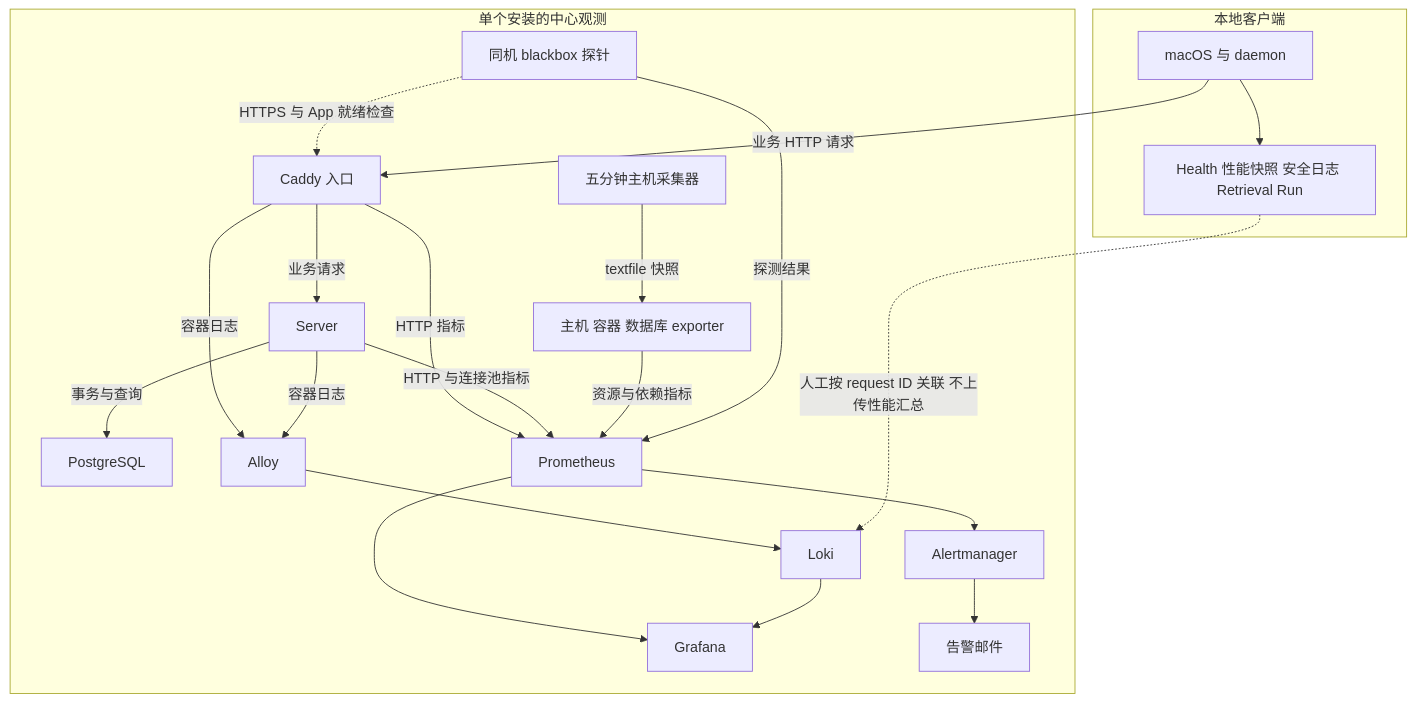
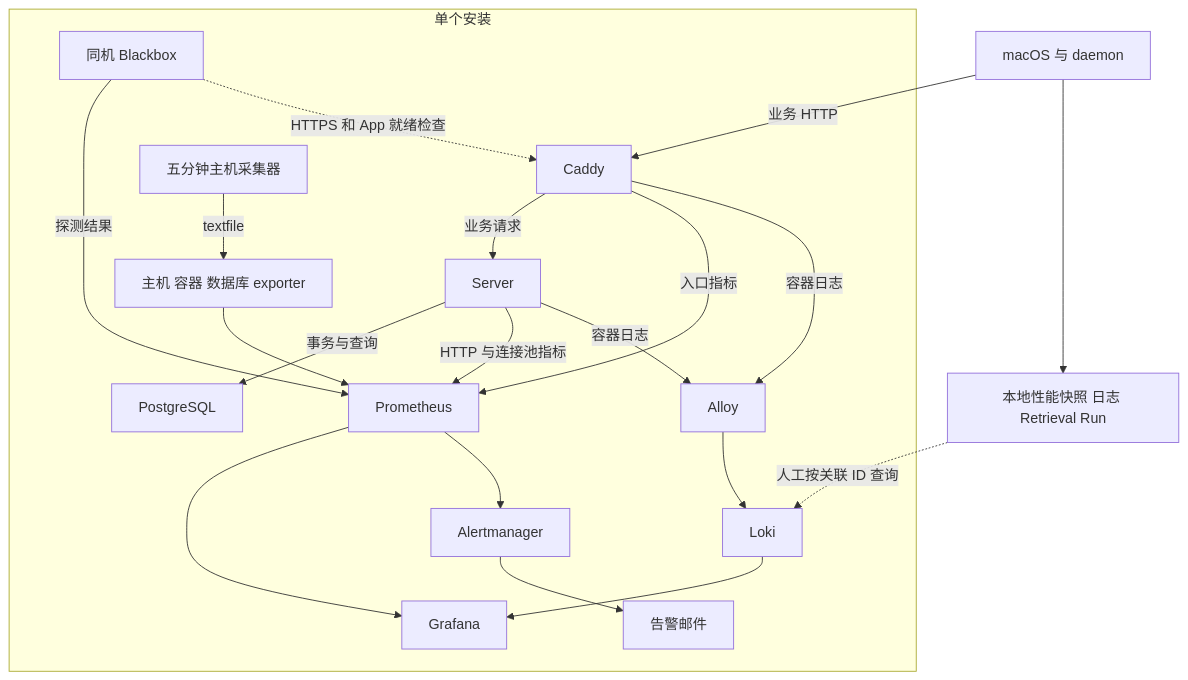
One commit to lilhammerfun/clumsies changed the diagram in docs/zh/performance/observability-plan.md. Above: the diagram before and after it, drawn with Mermaid. The commit also changed other lines of this file and 16 other files, not shown here.

````diff
--- a/docs/zh/performance/observability-plan.md
+++ b/docs/zh/performance/observability-plan.md
@@ -32,25 +20,23 @@
 ```mermaid
 flowchart TB
-    subgraph center["单个安装的中心观测"]
-        Edge["Caddy 入口"] -->|业务请求| Server["Server"]
+    subgraph center["单个安装"]
+        Edge["Caddy"] -->|业务请求| Server["Server"]
         Server -->|事务与查询| DB["PostgreSQL"]
-        Edge -->|HTTP 指标| Prom["Prometheus"]
+        Edge -->|入口指标| Prom["Prometheus"]
         Server -->|HTTP 与连接池指标| Prom
-        Export["主机 容器 数据库 exporter"] -->|资源与依赖指标| Prom
-        Timer["五分钟主机采集器"] -->|textfile 快照| Export
-        Probe["同机 blackbox 探针"] -->|探测结果| Prom
-        Probe -.->|HTTPS 与 App 就绪检查| Edge
+        Export["主机 容器 数据库 exporter"] --> Prom
+        Timer["五分钟主机采集器"] -->|textfile| Export
+        Probe["同机 Blackbox"] -->|探测结果| Prom
+        Probe -.->|HTTPS 和 App 就绪检查| Edge
         Edge -->|容器日志| Alloy["Alloy"]
         Server -->|容器日志| Alloy
         Alloy --> Loki["Loki"]
         Prom --> Grafana["Grafana"]
         Loki --> Grafana
         Prom --> AM["Alertmanager"]
         AM --> Mail["告警邮件"]
     end
-    subgraph local["本地客户端"]
-        App["macOS 与 daemon"] --> Local["Health 性能快照 安全日志 Retrieval Run"]
-    end
-    App -->|业务 HTTP 请求| Edge
-    Local -.->|人工按 request ID 关联 不上传性能汇总| Loki
+    App["macOS 与 daemon"] -->|业务 HTTP| Edge
+    App --> Local["本地性能快照 日志 Retrieval Run"]
+    Local -.->|人工按关联 ID 查询| Loki
 ```
````
